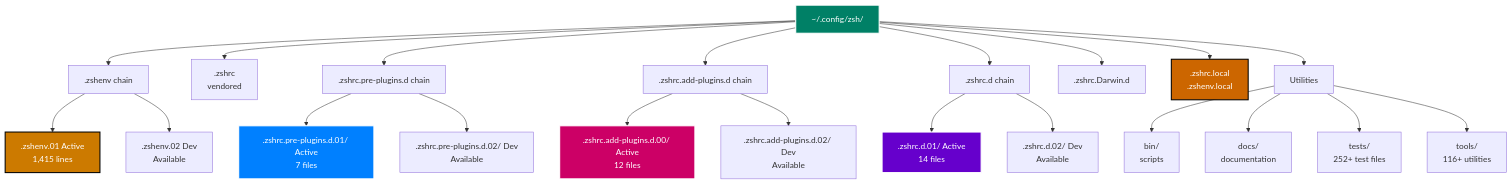
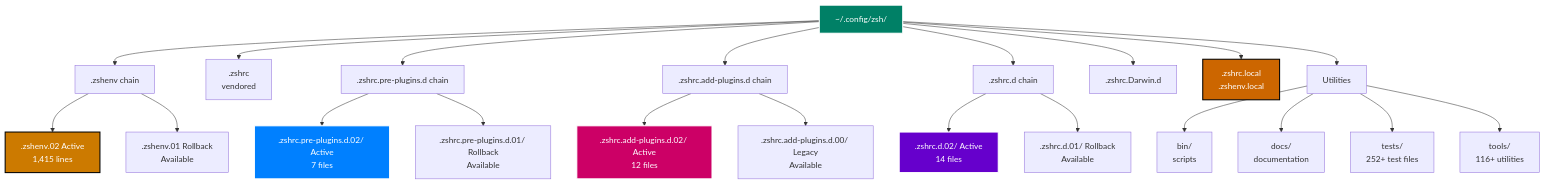
One commit to s-a-c/dotfiles changed the diagram in dot-config/zsh/docs/010-zsh-configuration/070-file-organization.md. Above: the diagram before and after it, drawn with Mermaid. The commit also changed other lines of this file and 2 other files, not shown here.

First line of the commit message:
docs: update layer .02 as active production version

````diff
--- a/dot-config/zsh/docs/010-zsh-configuration/070-file-organization.md
+++ b/dot-config/zsh/docs/010-zsh-configuration/070-file-organization.md
@@ -89,33 +89,33 @@
 ```mermaid
 graph TD
     ROOT[~/.config/zsh/] --> ENV[.zshenv chain]
     ROOT --> ZRC[.zshrc<br/>vendored]
     ROOT --> PRE[.zshrc.pre-plugins.d chain]
     ROOT --> ADD[.zshrc.add-plugins.d chain]
     ROOT --> POST[.zshrc.d chain]
     ROOT --> PLAT[.zshrc.Darwin.d]
     ROOT --> USER[.zshrc.local<br/>.zshenv.local]
     ROOT --> UTIL[Utilities]
 
-    ENV --> ENV1[.zshenv.01 Active<br/>1,415 lines]
-    ENV --> ENV2[.zshenv.02 Dev<br/>Available]
-    PRE --> PRE1[.zshrc.pre-plugins.d.01/ Active<br/>7 files]
-    PRE --> PRE2[.zshrc.pre-plugins.d.02/ Dev<br/>Available]
-    ADD --> ADD0[.zshrc.add-plugins.d.00/ Active<br/>12 files]
-    ADD --> ADD2[.zshrc.add-plugins.d.02/ Dev<br/>Available]
-    POST --> POST1[.zshrc.d.01/ Active<br/>14 files]
-    POST --> POST2[.zshrc.d.02/ Dev<br/>Available]
+    ENV --> ENV2[.zshenv.02 Active<br/>1,415 lines]
+    ENV --> ENV1[.zshenv.01 Rollback<br/>Available]
+    PRE --> PRE2[.zshrc.pre-plugins.d.02/ Active<br/>7 files]
+    PRE --> PRE1[.zshrc.pre-plugins.d.01/ Rollback<br/>Available]
+    ADD --> ADD2[.zshrc.add-plugins.d.02/ Active<br/>12 files]
+    ADD --> ADD0[.zshrc.add-plugins.d.00/ Legacy<br/>Available]
+    POST --> POST2[.zshrc.d.02/ Active<br/>14 files]
+    POST --> POST1[.zshrc.d.01/ Rollback<br/>Available]
 
     UTIL --> BIN[bin/<br/>scripts]
     UTIL --> DOCS[docs/<br/>documentation]
     UTIL --> TESTS[tests/<br/>252+ test files]
     UTIL --> TOOLS[tools/<br/>116+ utilities]
 
     style ROOT fill:#008066,stroke:#fff,stroke-width:2px,color:#fff
-    style ENV1 fill:#cc7a00,stroke:#000,stroke-width:2px,color:#fff
-    style PRE1 fill:#0080ff,stroke:#fff,stroke-width:2px,color:#fff
-    style ADD0 fill:#cc0066,stroke:#fff,stroke-width:2px,color:#fff
-    style POST1 fill:#6600cc,stroke:#fff,stroke-width:2px,color:#fff
+    style ENV2 fill:#cc7a00,stroke:#000,stroke-width:2px,color:#fff
+    style PRE2 fill:#0080ff,stroke:#fff,stroke-width:2px,color:#fff
+    style ADD2 fill:#cc0066,stroke:#fff,stroke-width:2px,color:#fff
+    style POST2 fill:#6600cc,stroke:#fff,stroke-width:2px,color:#fff
     style USER fill:#cc6600,stroke:#000,stroke-width:2px,color:#fff
 
 ```
````
